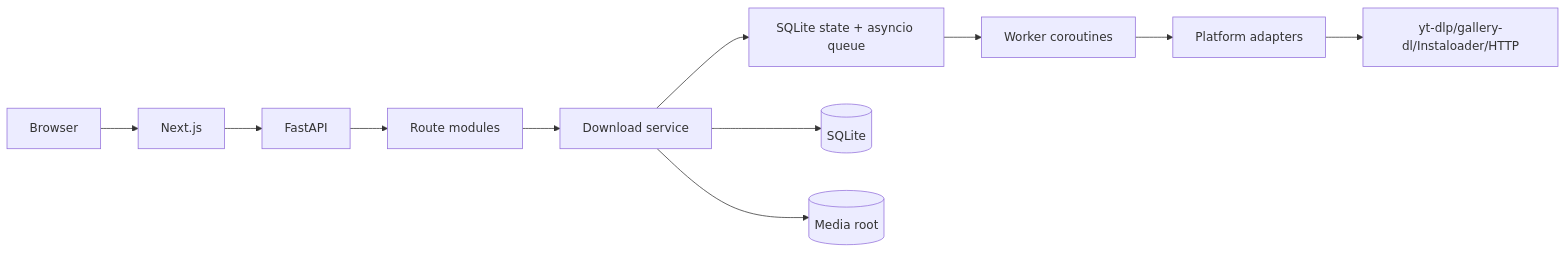
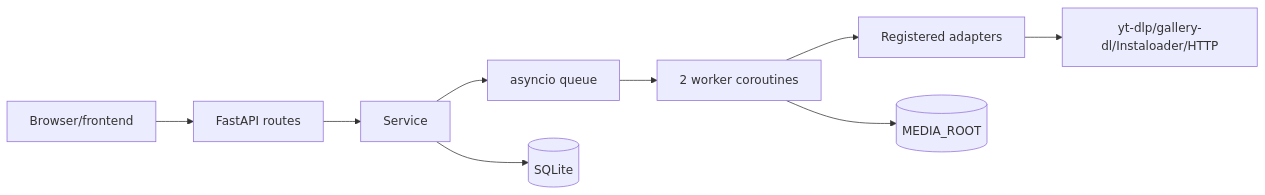
The diagram in docs/02-architecture/HLD.md (ekolancer/SocDownload), drawn with Mermaid before and after one commit. The commit also changed other lines of this file and 19 other files, not shown here.

````diff
--- a/docs/02-architecture/HLD.md
+++ b/docs/02-architecture/HLD.md
@@ -13,13 +11,11 @@
 ```mermaid
 flowchart LR
- Browser --> Next[Next.js]
- Next --> API[FastAPI]
- API --> Routes[Route modules]
- Routes --> Service[Download service]
- Service --> Queue[SQLite state + asyncio queue]
- Queue --> Worker[Worker coroutines]
- Worker --> Adapter[Platform adapters]
- Adapter --> Engines[yt-dlp/gallery-dl/Instaloader/HTTP]
- Service --> DB[(SQLite)]
- Service --> FS[(Media root)]
+ B[Browser/frontend] --> A[FastAPI routes]
+ A --> S[Service]
+ S --> Q[asyncio queue]
+ S --> DB[(SQLite)]
+ Q --> W[2 worker coroutines]
+ W --> AD[Registered adapters]
+ AD --> E[yt-dlp/gallery-dl/Instaloader/HTTP]
+ W --> FS[(MEDIA_ROOT)]
 ```
````
